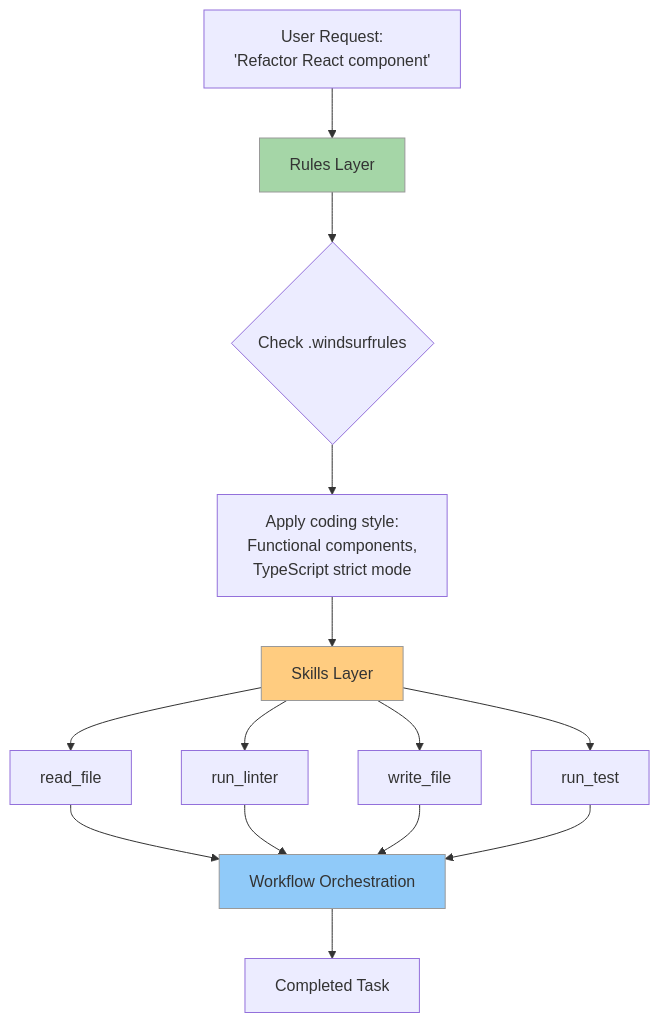
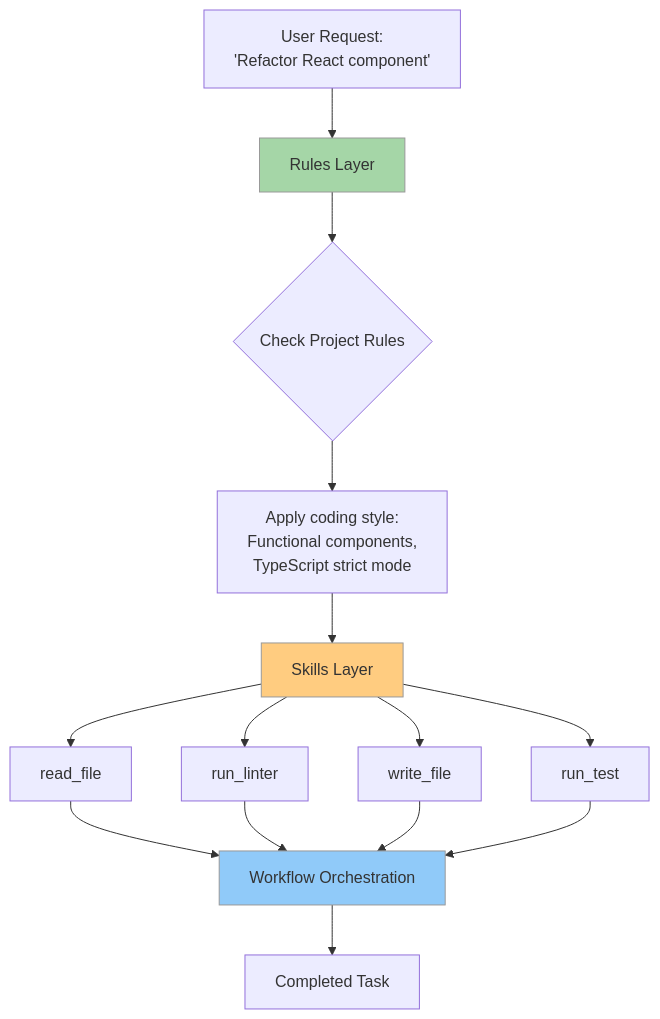
Before and after one commit to KylinDC/llm-session: the tenth of 11 diagrams in slides.md, drawn with Mermaid. The commit also changed other lines of this file and 2 other files, not shown here.

````diff
--- a/slides.md
+++ b/slides.md
@@ -1048,20 +1039,20 @@
 ```mermaid
 graph TD
     A[User Request:<br/>'Refactor React component'] --> B[Rules Layer]
-    B --> C{Check .windsurfrules}
+    B --> C{Check Project Rules}
     C --> D[Apply coding style:<br/>Functional components,<br/>TypeScript strict mode]
     D --> E[Skills Layer]
     E --> F[read_file]
     E --> G[run_linter]
     E --> H[write_file]
     E --> I[run_test]
     F --> J[Workflow Orchestration]
     G --> J
     H --> J
     I --> J
     J --> K[Completed Task]
 
     style B fill:#A5D6A7,stroke:#999,color:#333
     style E fill:#FFCC80,stroke:#999,color:#333
     style J fill:#90CAF9,stroke:#999,color:#333
 ```
````
